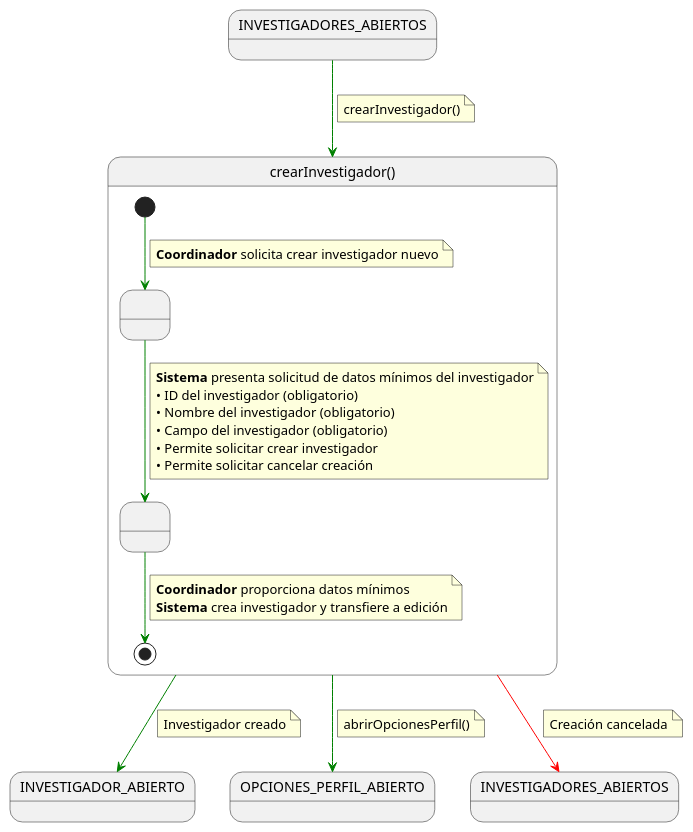
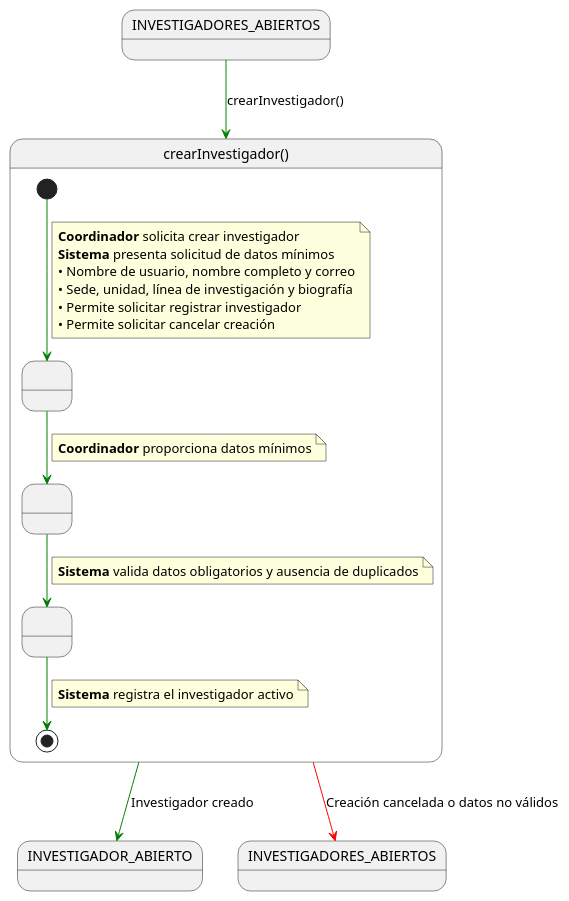
Before and after one commit to beatriizorozco/25-26-idsw2-sdVC: the diagram in RUP/00-casos-uso/02-detalle/coordinador/crearInvestigador/especificacion.puml, drawn with PlantUML. The commit also changed 41 other files, not shown here.

```diff
--- a/RUP/00-casos-uso/02-detalle/coordinador/crearInvestigador/especificacion.puml
+++ b/RUP/00-casos-uso/02-detalle/coordinador/crearInvestigador/especificacion.puml
@@ -1,54 +1,40 @@
 @startuml crearInvestigador
-
 skinparam linetype polyline
 
-state in1 as "INVESTIGADORES_ABIERTOS"
-in1 -[#green]-> crearInvestigador
-note on link
-crearInvestigador()
-end note
+state "INVESTIGADORES_ABIERTOS" as Investigadores
+Investigadores -[#green]-> crearInvestigador: crearInvestigador()
 
 state crearInvestigador as "crearInvestigador()" {
+    state " " as SolicitandoDatos
+    state " " as ValidandoDatos
+    state " " as RegistrandoInvestigador
 
-    state " " as SolicitandoDatos
-    state " " as CreandoInvestigador
-
-    [*] -[#green]-> SolicitandoDatos 
+    [*] -[#green]-> SolicitandoDatos
     note on link
-    <b>Coordinador</b> solicita crear investigador nuevo
-    end note    
-    
-    SolicitandoDatos -[#green]-> CreandoInvestigador
-    note on link
-    <b>Sistema</b> presenta solicitud de datos mínimos del investigador
-    • ID del investigador (obligatorio)
-    • Nombre del investigador (obligatorio)
-    • Campo del investigador (obligatorio)
-    • Permite solicitar crear investigador
+    <b>Coordinador</b> solicita crear investigador
+    <b>Sistema</b> presenta solicitud de datos mínimos
+    • Nombre de usuario, nombre completo y correo
+    • Sede, unidad, línea de investigación y biografía
+    • Permite solicitar registrar investigador
     • Permite solicitar cancelar creación
     end note
-    
-    CreandoInvestigador -[#green]-> [*]
+
+    SolicitandoDatos -[#green]-> ValidandoDatos
     note on link
     <b>Coordinador</b> proporciona datos mínimos
-    <b>Sistema</b> crea investigador y transfiere a edición
+    end note
+
+    ValidandoDatos -[#green]-> RegistrandoInvestigador
+    note on link
+    <b>Sistema</b> valida datos obligatorios y ausencia de duplicados
+    end note
+
+    RegistrandoInvestigador -[#green]-> [*]
+    note on link
+    <b>Sistema</b> registra el investigador activo
     end note
 }
 
-
-crearInvestigador -[#green]-> INVESTIGADOR_ABIERTO
-note on link
-Investigador creado
-end note
-
-crearInvestigador -[#green]-> OPCIONES_PERFIL_ABIERTO
-note on link
-abrirOpcionesPerfil()
-end note
-
-crearInvestigador -[#red]-> INVESTIGADORES_ABIERTOS
-note on link
-Creación cancelada
-end note
-
+crearInvestigador -[#green]-> INVESTIGADOR_ABIERTO: Investigador creado
+crearInvestigador -[#red]-> INVESTIGADORES_ABIERTOS: Creación cancelada o datos no válidos
 @enduml
```
